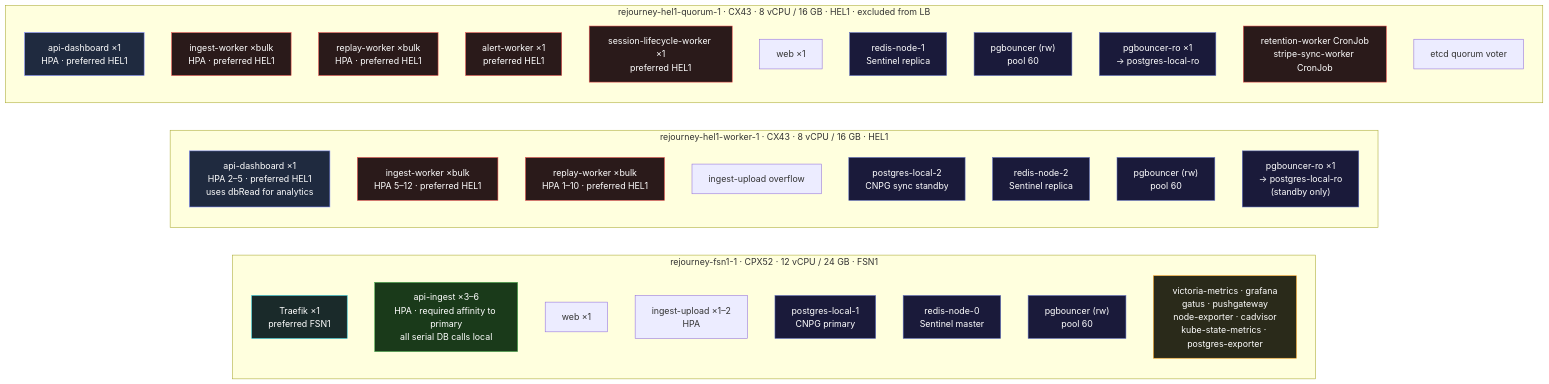
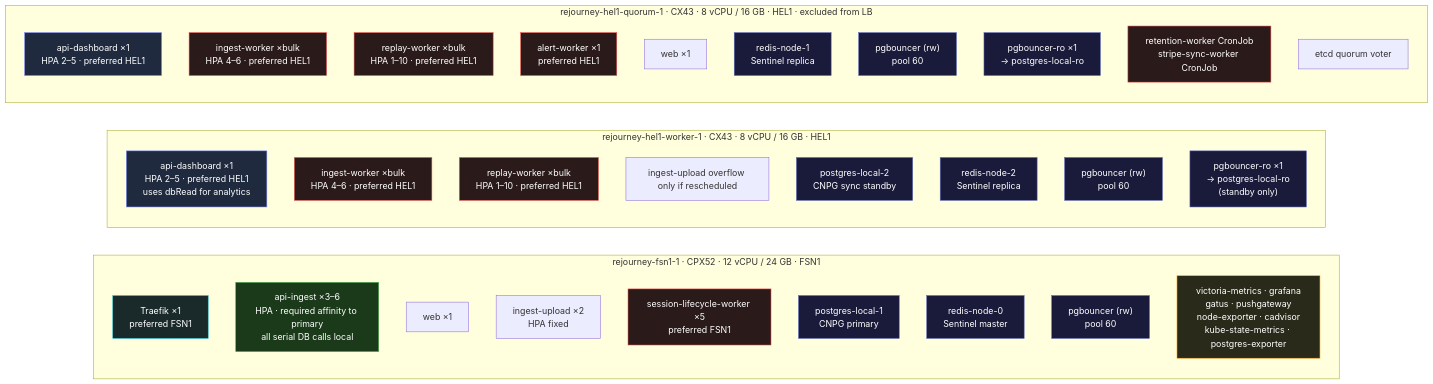
Before and after one commit to sawariz0r/rejourney: the second of 3 diagrams in dev_docs/allthingscloud.md, drawn with Mermaid. The commit also changed other lines of this file and 7 other files, not shown here.

````diff
--- a/dev_docs/allthingscloud.md
+++ b/dev_docs/allthingscloud.md
@@ -76,55 +76,55 @@
 ```mermaid
 graph LR
     subgraph fsn1["rejourney-fsn1-1 · CPX52 · 12 vCPU / 24 GB · FSN1"]
         direction TB
         TR0["Traefik ×1\npreferred FSN1"]
         APIING["api-ingest ×3–6\nHPA · required affinity to primary\nall serial DB calls local"]
         WEB0["web ×1"]
-        U0["ingest-upload ×1–2\nHPA"]
+        U0["ingest-upload ×2\nHPA fixed"]
+        SLC["session-lifecycle-worker ×5\npreferred FSN1"]
         PG1["postgres-local-1\nCNPG primary"]
         RD0["redis-node-0\nSentinel master"]
         PGB0["pgbouncer (rw)\npool 60"]
         MON["victoria-metrics · grafana\ngatus · pushgateway\nnode-exporter · cadvisor\nkube-state-metrics · postgres-exporter"]
     end
 
     subgraph worker1["rejourney-hel1-worker-1 · CX43 · 8 vCPU / 16 GB · HEL1"]
         direction TB
         APIDASH1["api-dashboard ×1\nHPA 2–5 · preferred HEL1\nuses dbRead for analytics"]
-        IW1["ingest-worker ×bulk\nHPA 5–12 · preferred HEL1"]
+        IW1["ingest-worker ×bulk\nHPA 4–6 · preferred HEL1"]
         RW1["replay-worker ×bulk\nHPA 1–10 · preferred HEL1"]
-        U1["ingest-upload overflow"]
+        U1["ingest-upload overflow only if rescheduled"]
         PG2["postgres-local-2\nCNPG sync standby"]
         RD2["redis-node-2\nSentinel replica"]
         PGB1["pgbouncer (rw)\npool 60"]
         PGBRO1["pgbouncer-ro ×1\n→ postgres-local-ro\n(standby only)"]
     end
 
     subgraph quorum1["rejourney-hel1-quorum-1 · CX43 · 8 vCPU / 16 GB · HEL1 · excluded from LB"]
         direction TB
-        APIDASH2["api-dashboard ×1\nHPA · preferred HEL1"]
-        IW2["ingest-worker ×bulk\nHPA · preferred HEL1"]
-        RW2["replay-worker ×bulk\nHPA · preferred HEL1"]
+        APIDASH2["api-dashboard ×1\nHPA 2–5 · preferred HEL1"]
+        IW2["ingest-worker ×bulk\nHPA 4–6 · preferred HEL1"]
+        RW2["replay-worker ×bulk\nHPA 1–10 · preferred HEL1"]
         AW["alert-worker ×1\npreferred HEL1"]
-        SLC["session-lifecycle-worker ×1\npreferred HEL1"]
         WEB1["web ×1"]
         RD1["redis-node-1\nSentinel replica"]
         PGB2["pgbouncer (rw)\npool 60"]
         PGBRO2["pgbouncer-ro ×1\n→ postgres-local-ro"]
         CRON["retention-worker CronJob\nstripe-sync-worker CronJob"]
         ETCD["etcd quorum voter"]
     end
 
     classDef pinned fill:#1a3a1a,stroke:#4caf50,color:#fff
     classDef dash fill:#1f2a3f,stroke:#7e8aff,color:#fff
     classDef data fill:#1a1a3a,stroke:#5c6bc0,color:#fff
     classDef worker fill:#2a1a1a,stroke:#ef5350,color:#fff
     classDef ingress fill:#1a2a2a,stroke:#26c6da,color:#fff
     classDef mon fill:#2a2a1a,stroke:#ffa726,color:#fff
 
     class APIING pinned
     class APIDASH1,APIDASH2 dash
     class PG1,PG2,PGB0,PGB1,PGB2,PGBRO1,PGBRO2,RD0,RD1,RD2 data
     class IW1,IW2,RW1,RW2,AW,SLC,CRON worker
     class TR0 ingress
     class MON mon
 ```
````
